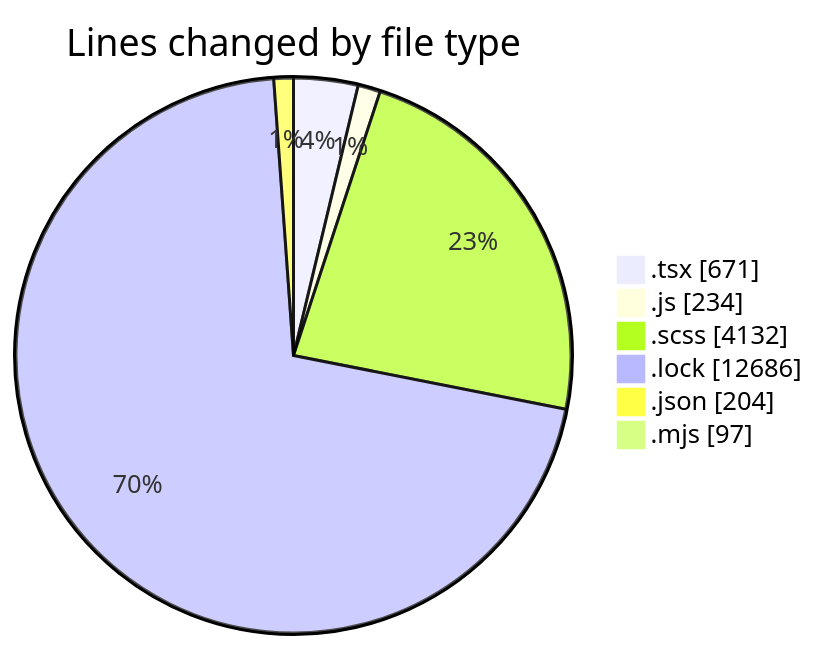
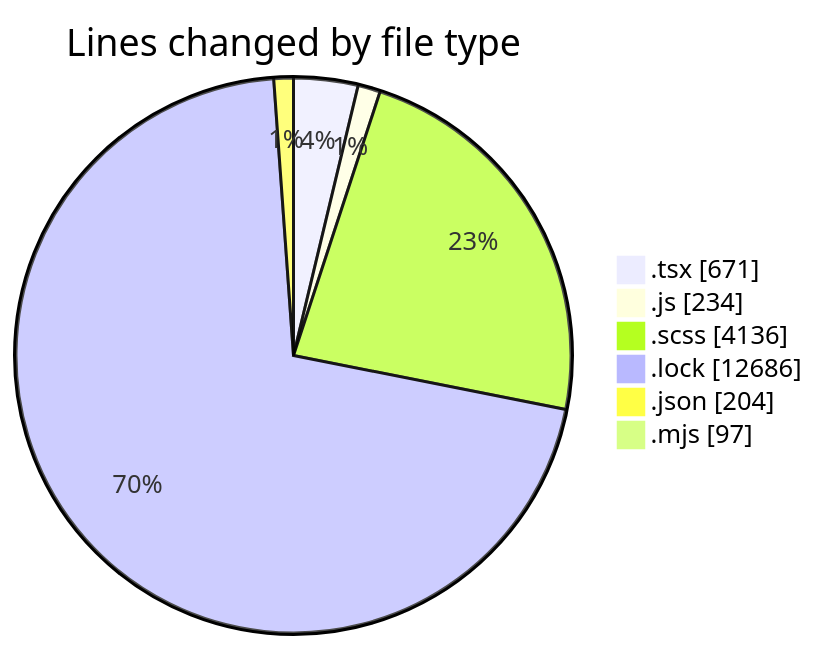
Before and after one commit to momahboobian/code-tracking: the first of 2 diagrams in 2026-01-22/cda-web-components/README.md, drawn with Mermaid. The commit also changed other lines of this file and 1 other file, not shown here.

````diff
--- a/2026-01-22/cda-web-components/README.md
+++ b/2026-01-22/cda-web-components/README.md
@@ -59,10 +59,10 @@
 ```mermaid
 pie showData
 title Lines changed by file type
 ".tsx" : 671
 ".js" : 234
-".scss" : 4132
+".scss" : 4136
 ".lock" : 12686
 ".json" : 204
 ".mjs" : 97
 ```
````
